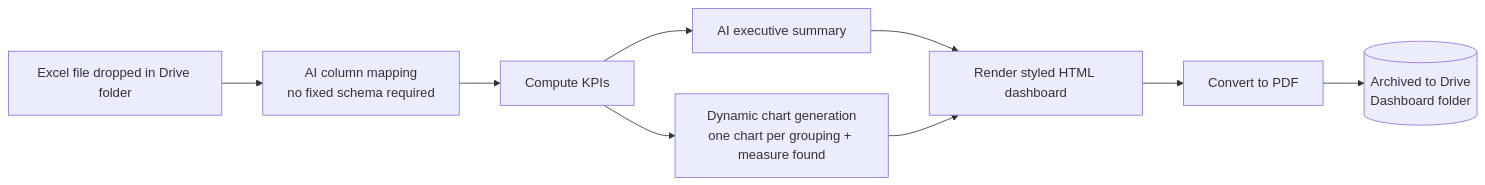
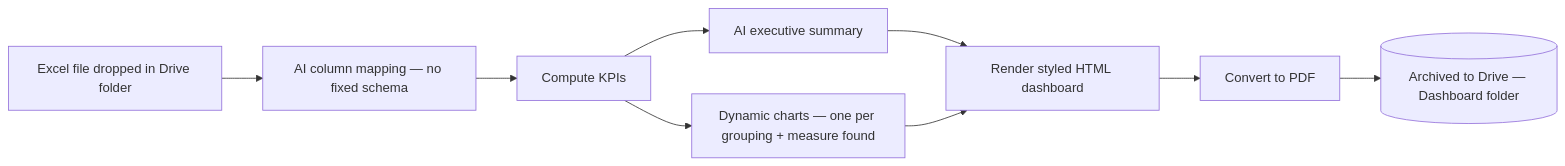
Before and after one commit to buseko-Actuary/ai-automation-portfolio: the diagram in projects/02-excel-to-dashboard-reporting.md, drawn with Mermaid. The commit also changed other lines of this file and 6 other files, not shown here.

````diff
--- a/projects/02-excel-to-dashboard-reporting.md
+++ b/projects/02-excel-to-dashboard-reporting.md
@@ -12,11 +24,11 @@
 ```mermaid
 flowchart LR
-    A[Excel file dropped in Drive folder] --> B[AI column mapping\nno fixed schema required]
+    A[Excel file dropped in Drive folder] --> B[AI column mapping — no fixed schema]
     B --> C[Compute KPIs]
     C --> D[AI executive summary]
-    C --> E[Dynamic chart generation\none chart per grouping + measure found]
+    C --> E[Dynamic charts — one per grouping + measure found]
     D --> F[Render styled HTML dashboard]
     E --> F
     F --> G[Convert to PDF]
-    G --> H[(Archived to Drive\nDashboard folder)]
+    G --> H[(Archived to Drive — Dashboard folder)]
 ```
````
